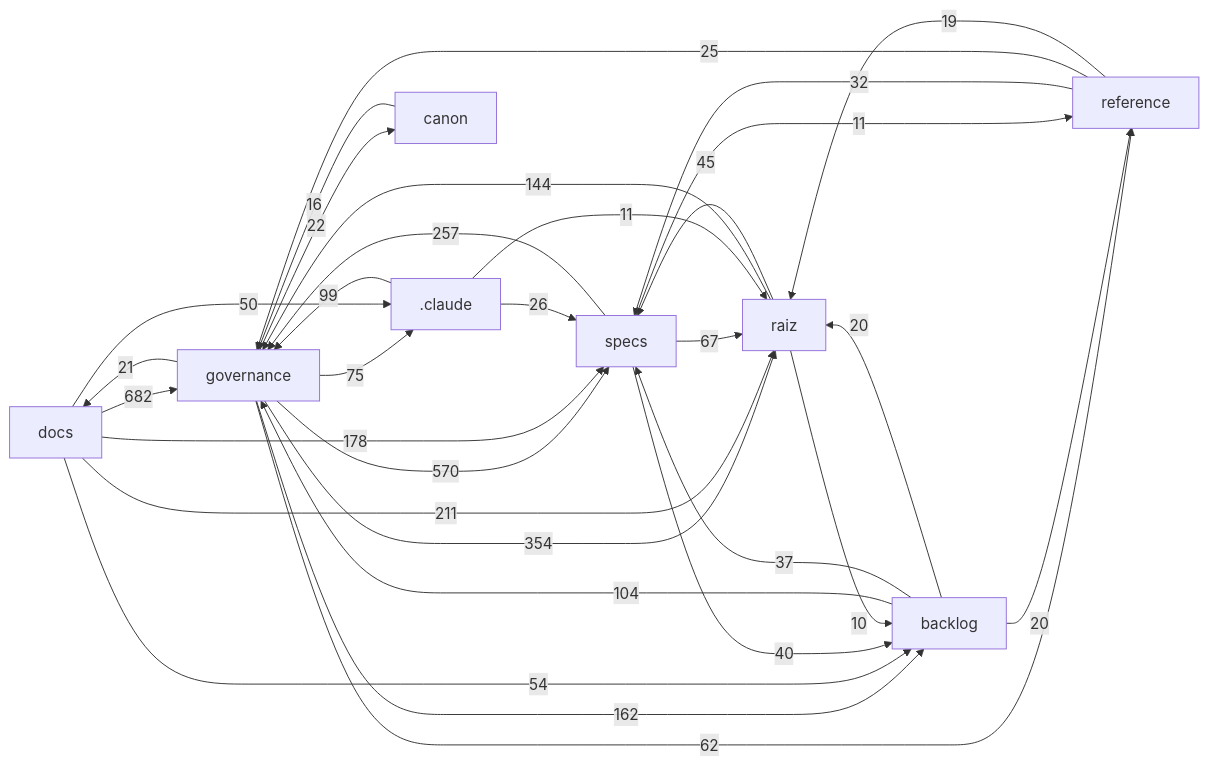
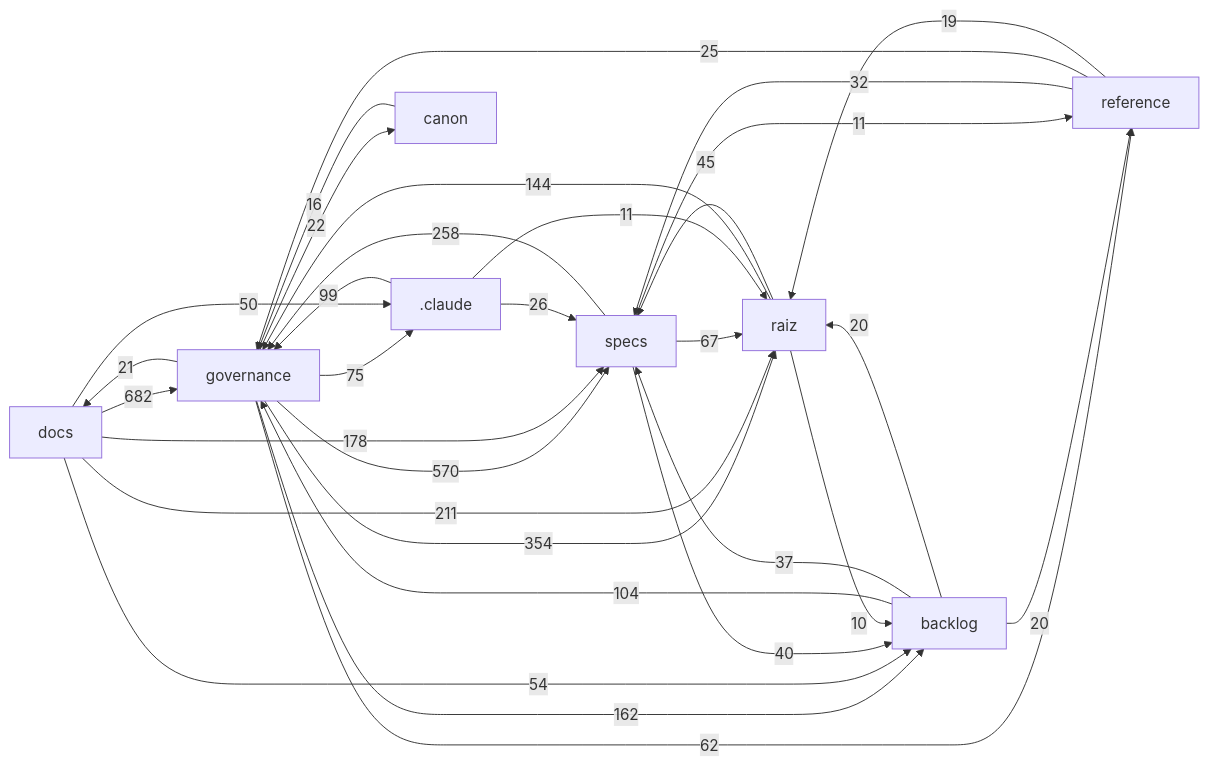
Before and after one commit to Andraus35/Sistema-Operacional-de-Trading--SOT: the diagram in docs/mapa/MAPA-PROJETO.md, drawn with Mermaid. The commit also changed other lines of this file and 2 other files, not shown here.

````diff
--- a/docs/mapa/MAPA-PROJETO.md
+++ b/docs/mapa/MAPA-PROJETO.md
@@ -29,33 +29,33 @@
 ```mermaid
 flowchart LR
   docs["docs"] -->|682| governance["governance"]
   governance["governance"] -->|570| specs["specs"]
   governance["governance"] -->|354| raiz["raiz"]
-  specs["specs"] -->|257| governance["governance"]
+  specs["specs"] -->|258| governance["governance"]
   docs["docs"] -->|211| raiz["raiz"]
   docs["docs"] -->|178| specs["specs"]
   governance["governance"] -->|162| backlog["backlog"]
   raiz["raiz"] -->|144| governance["governance"]
   backlog["backlog"] -->|104| governance["governance"]
   _claude[".claude"] -->|99| governance["governance"]
   governance["governance"] -->|75| _claude[".claude"]
   specs["specs"] -->|67| raiz["raiz"]
   governance["governance"] -->|62| reference["reference"]
   docs["docs"] -->|54| backlog["backlog"]
   docs["docs"] -->|50| _claude[".claude"]
   raiz["raiz"] -->|45| specs["specs"]
   specs["specs"] -->|40| backlog["backlog"]
   backlog["backlog"] -->|37| specs["specs"]
   reference["reference"] -->|32| specs["specs"]
   _claude[".claude"] -->|26| specs["specs"]
   reference["reference"] -->|25| governance["governance"]
   governance["governance"] -->|22| canon["canon"]
   governance["governance"] -->|21| docs["docs"]
   backlog["backlog"] -->|20| raiz["raiz"]
   backlog["backlog"] -->|20| reference["reference"]
   reference["reference"] -->|19| raiz["raiz"]
   canon["canon"] -->|16| governance["governance"]
   _claude[".claude"] -->|11| raiz["raiz"]
   specs["specs"] -->|11| reference["reference"]
   raiz["raiz"] -->|10| backlog["backlog"]
 ```
````
